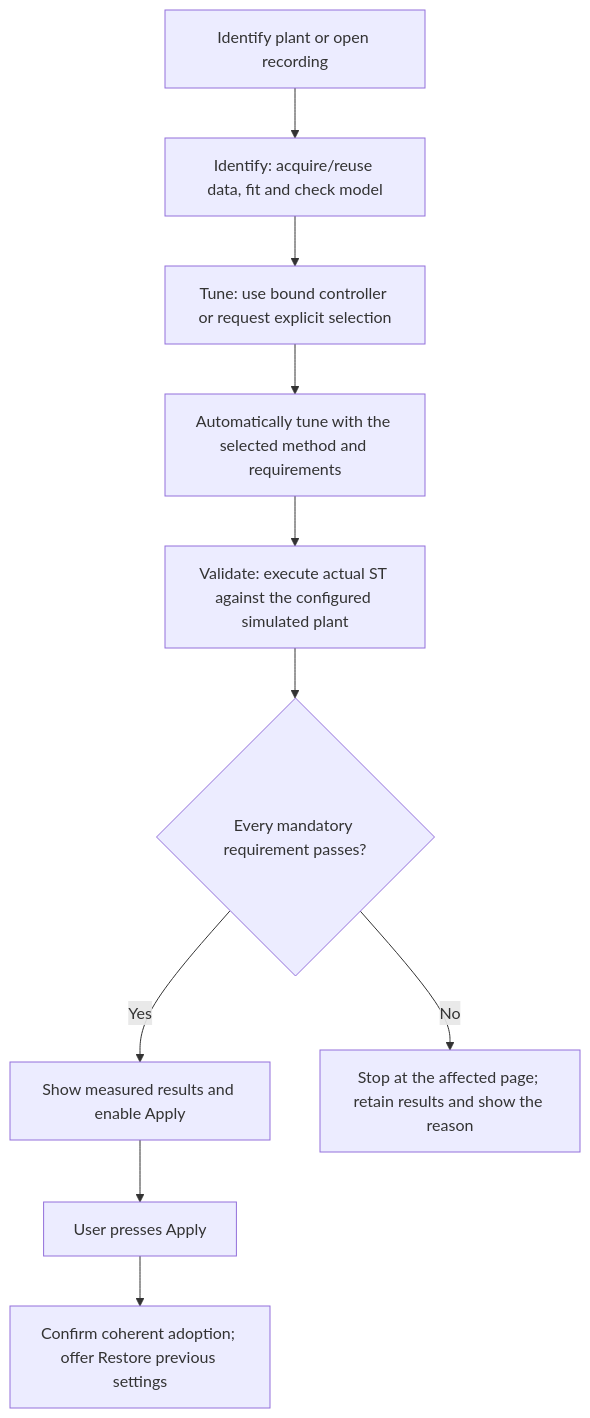
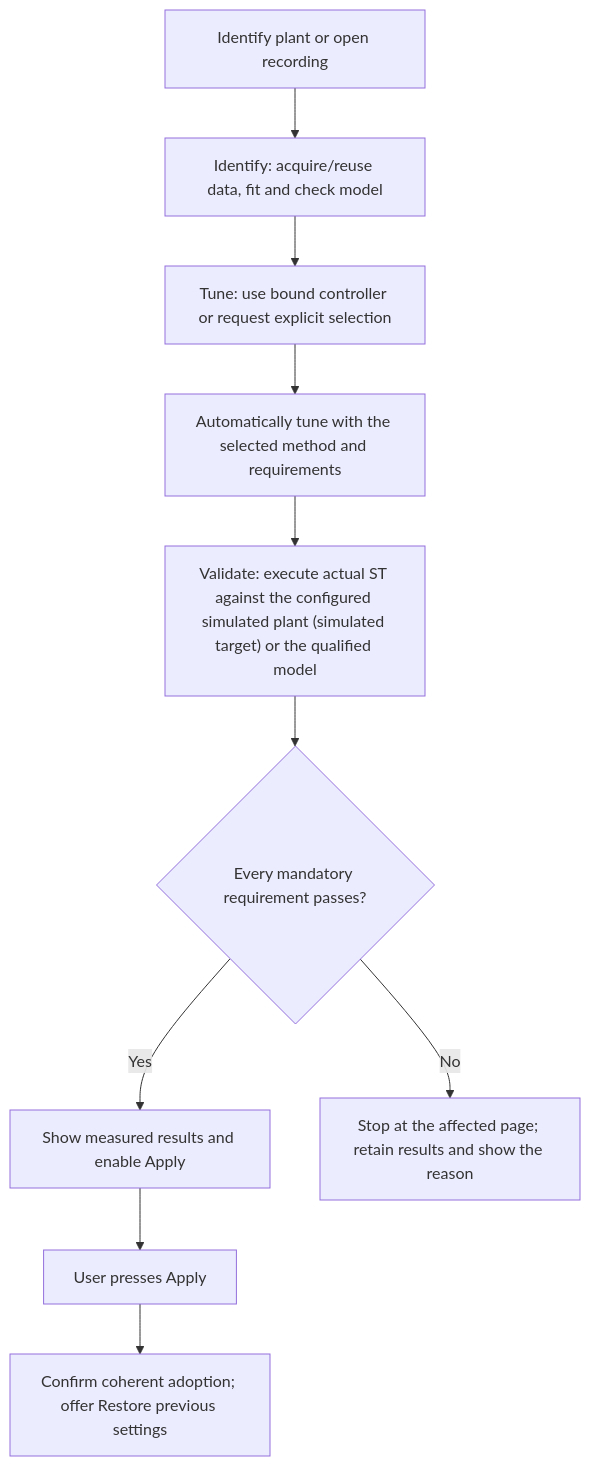
Before and after one commit to johannesPettersson80/trust-platform: the first of 47 diagrams in docs/specs/control-studio-complete-workflow-specification.md, drawn with Mermaid. The commit also changed other lines of this file and 3070 other files, not shown here.

````diff
--- a/docs/specs/control-studio-complete-workflow-specification.md
+++ b/docs/specs/control-studio-complete-workflow-specification.md
@@ -149,12 +157,12 @@
 ```mermaid
 flowchart TD
 A["Identify plant or open recording"] --> B["Identify: acquire/reuse data, fit and check model"]
 B --> C["Tune: use bound controller or request explicit selection"]
 C --> D["Automatically tune with the selected method and requirements"]
-D --> E["Validate: execute actual ST against the configured simulated plant"]
+D --> E["Validate: execute actual ST against the configured simulated plant (simulated target) or the qualified model"]
 E --> F{"Every mandatory requirement passes?"}
 F -->|Yes| G["Show measured results and enable Apply"]
 F -->|No| H["Stop at the affected page; retain results and show the reason"]
 G --> I["User presses Apply"]
 I --> J["Confirm coherent adoption; offer Restore previous settings"]
 ```
````
